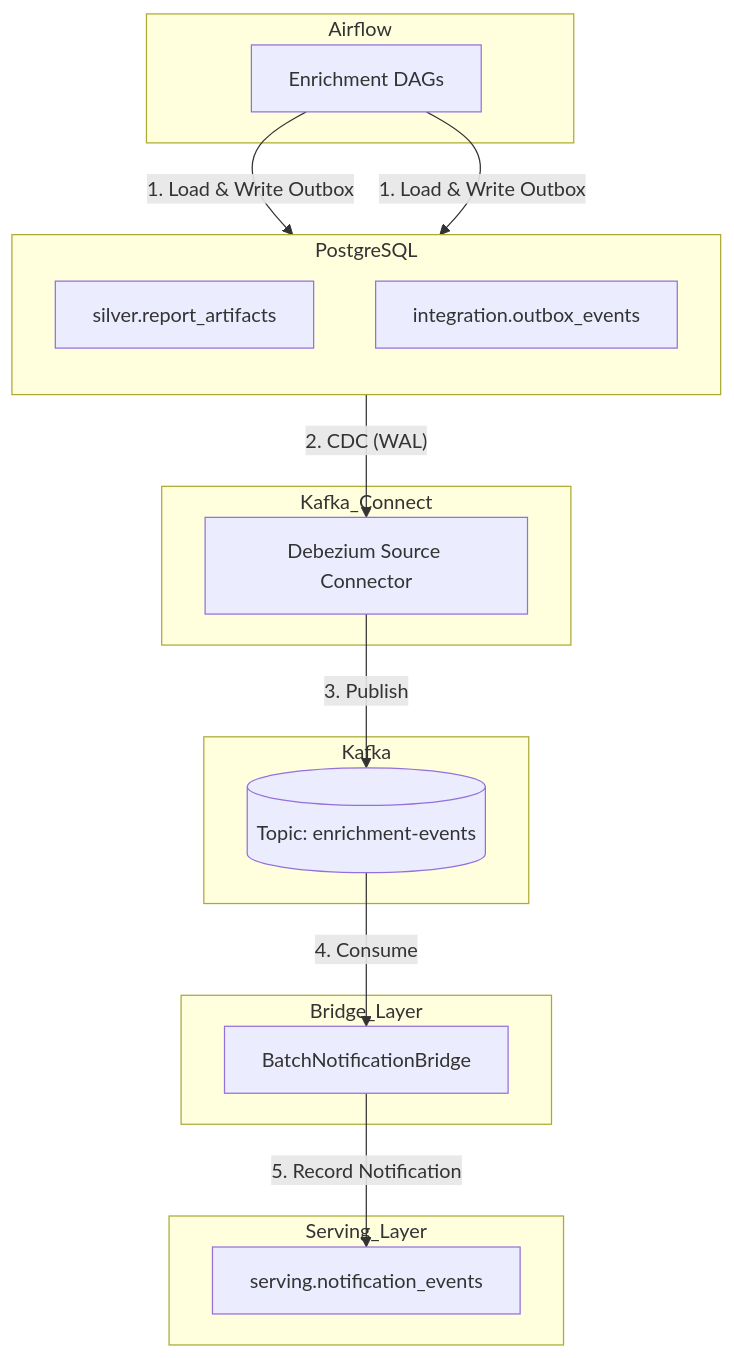
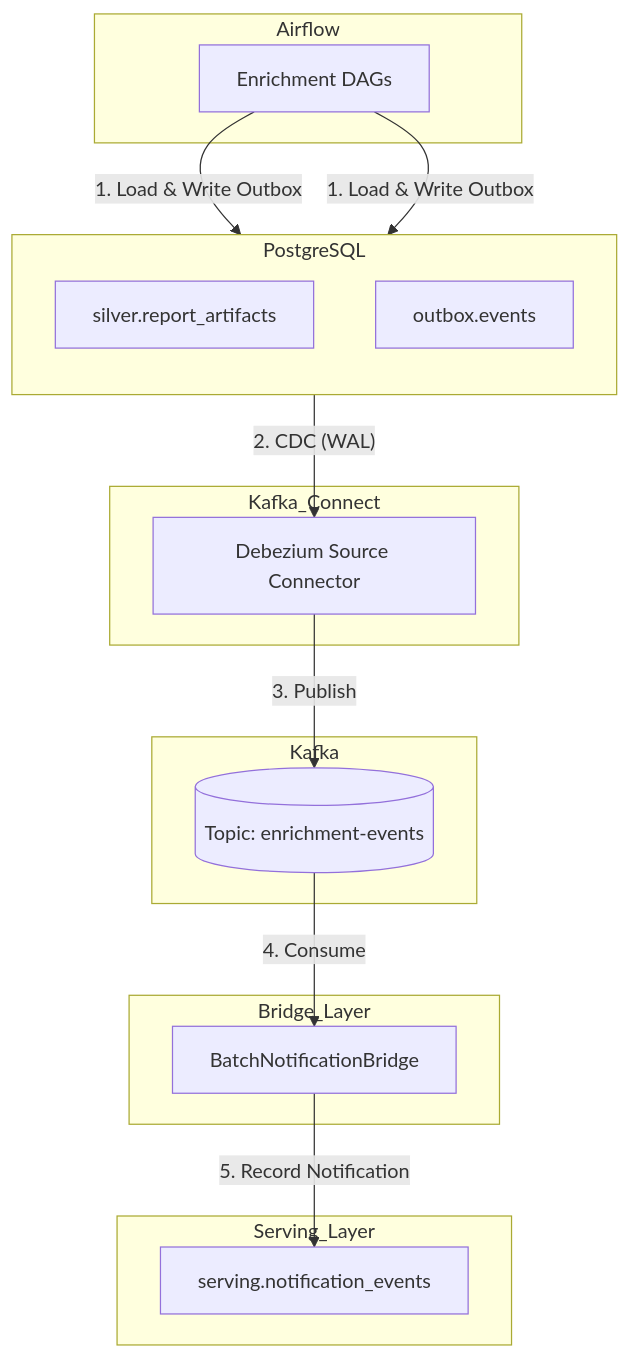
Before and after one commit to rover0811/invest_view: the first of 3 diagrams in docs/design/15-batch-enrichment-design.md, drawn with Mermaid. The commit also changed other lines of this file and 2 other files, not shown here.

Commit message:
docs(design): record decomposition results and implementation plan, move outbox schema (22)

````diff
--- a/docs/design/15-batch-enrichment-design.md
+++ b/docs/design/15-batch-enrichment-design.md
@@ -70,35 +70,35 @@
 ```mermaid
 flowchart TD
     subgraph Airflow
         DAG[Enrichment DAGs]
     end
 
     subgraph PostgreSQL
         direction TB
         SA[silver.report_artifacts]
-        OE[integration.outbox_events]
+        OE[outbox.events]
     end
 
     subgraph Kafka_Connect
         Debezium[Debezium Source Connector]
     end
 
     subgraph Kafka
         Topic[(Topic: enrichment-events)]
     end
 
     subgraph Bridge_Layer
         BC[BatchNotificationBridge]
     end
 
     subgraph Serving_Layer
         NE[serving.notification_events]
     end
 
     DAG -- "1. Load & Write Outbox" --> SA
     DAG -- "1. Load & Write Outbox" --> OE
     OE -- "2. CDC (WAL)" --> Debezium
     Debezium -- "3. Publish" --> Topic
     Topic -- "4. Consume" --> BC
     BC -- "5. Record Notification" --> NE
 ```
````
